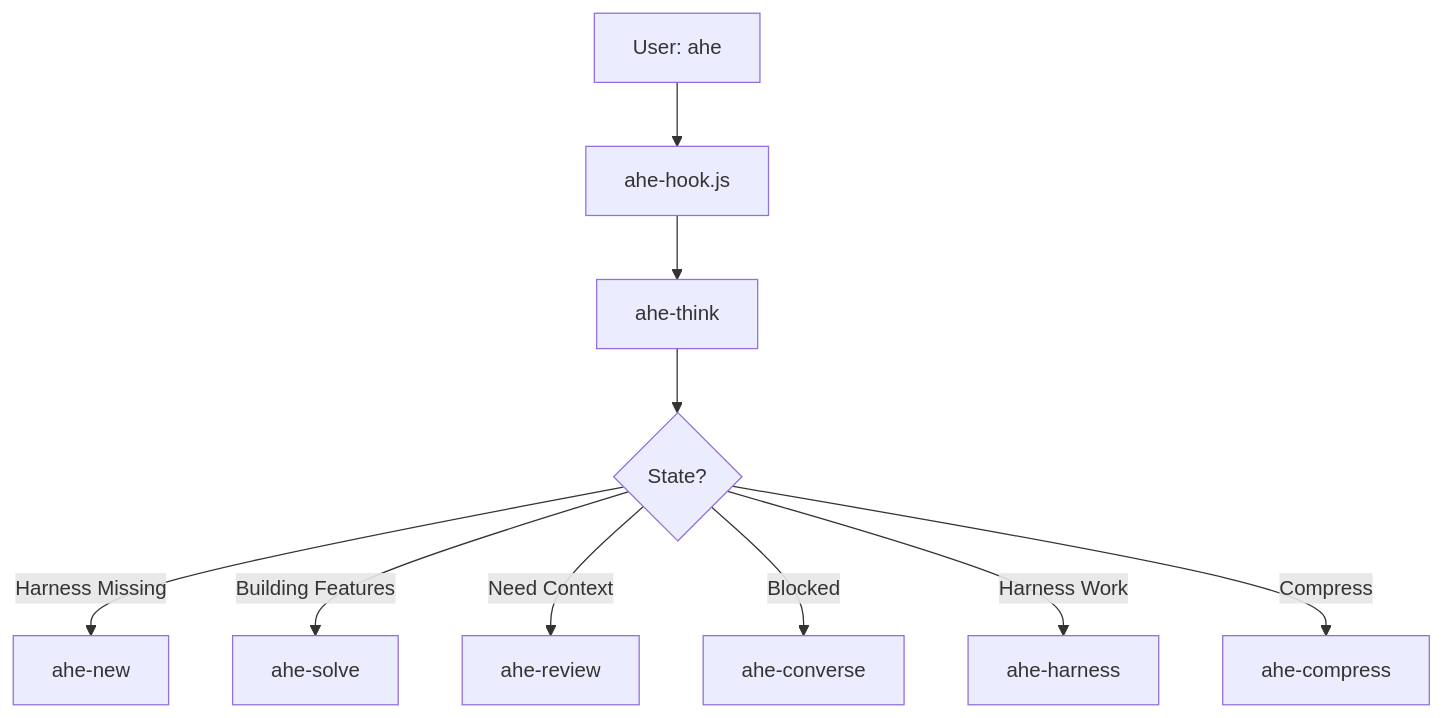
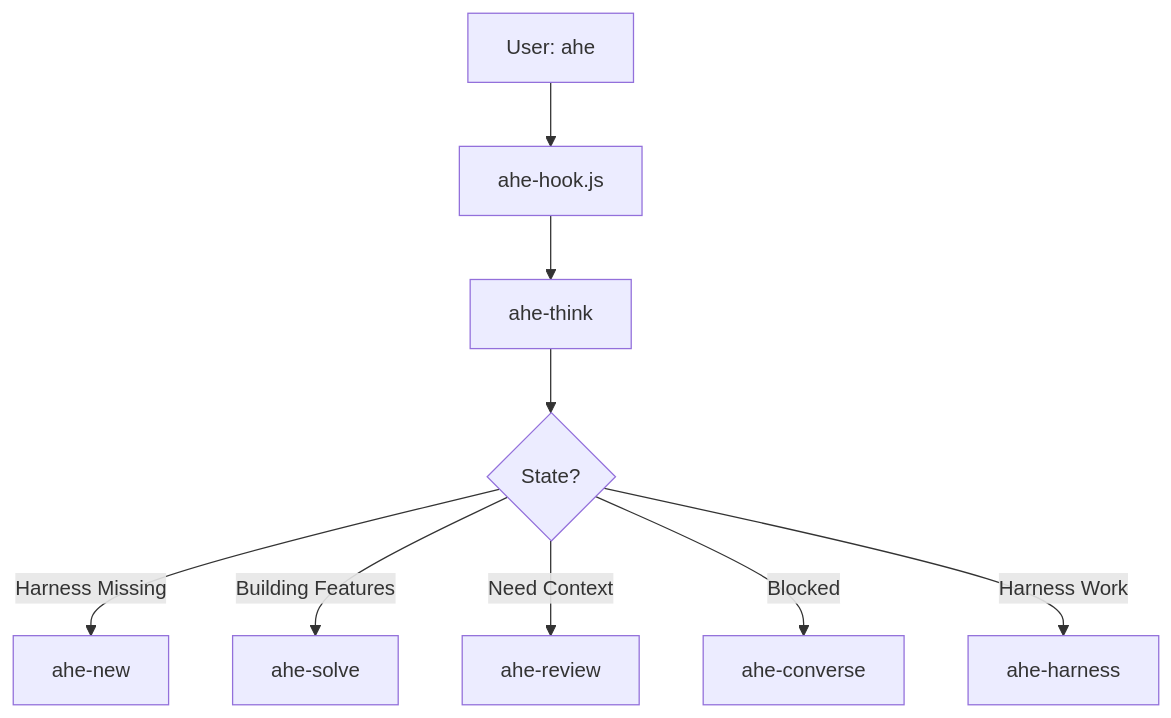
The first of 4 diagrams in packages/ahe-codex/.codex/skills/ahe-overview/SKILL.md (ksuchoi216/awesome_harness_engineering), drawn with Mermaid before and after one commit. The commit also changed other lines of this file and 25 other files, not shown here.

````diff
--- a/packages/ahe-codex/.codex/skills/ahe-overview/SKILL.md
+++ b/packages/ahe-codex/.codex/skills/ahe-overview/SKILL.md
@@ -34,12 +34,11 @@
 ```mermaid
 graph TD;
     User[User: ahe] --> Hook[ahe-hook.js]
     Hook --> Think[ahe-think]
     Think --> State{State?}
     State -- Harness Missing --> New[ahe-new]
     State -- Building Features --> Solve[ahe-solve]
     State -- Need Context --> Review[ahe-review]
     State -- Blocked --> Converse[ahe-converse]
     State -- Harness Work --> Harness[ahe-harness]
-    State -- Compress --> Compress[ahe-compress]
 ```
````
